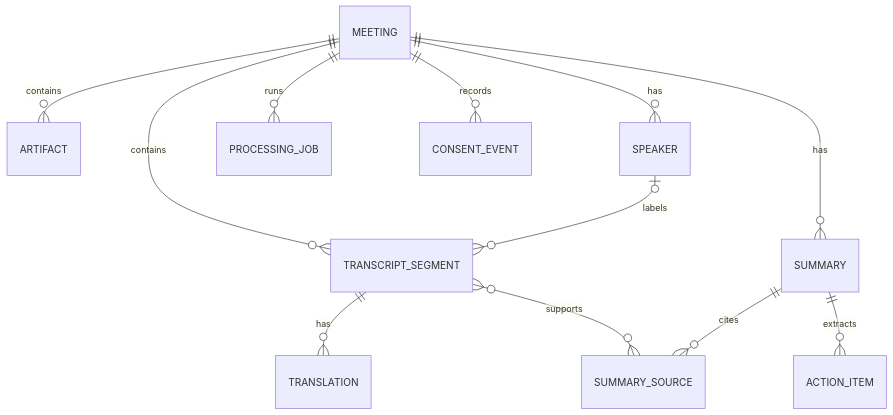
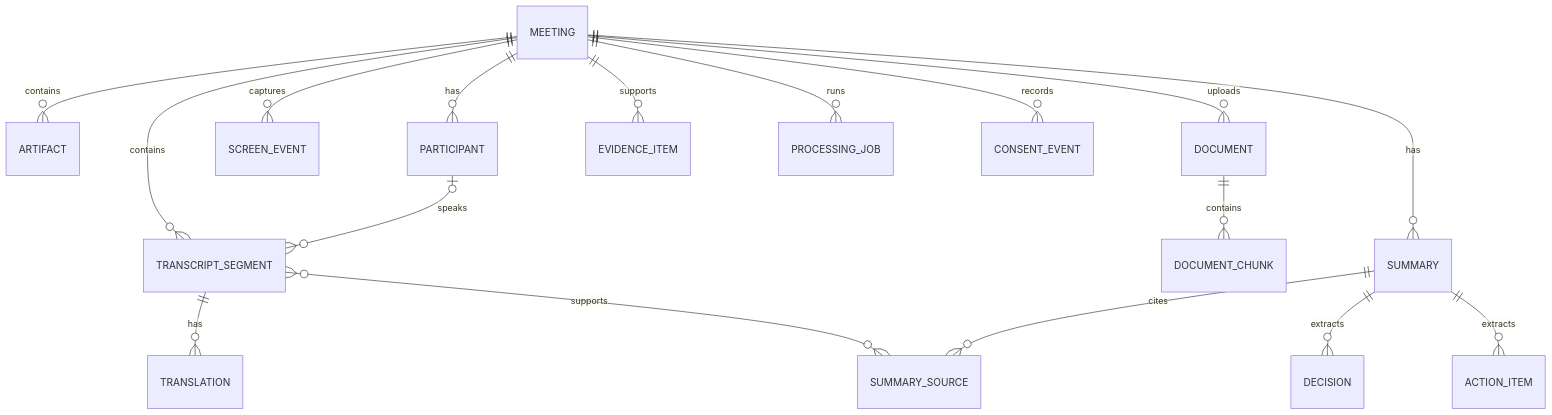
The diagram in DATA_MODEL.md (Gray-8a/MeetingLens), drawn with Mermaid before and after one commit. The commit also changed other lines of this file and 25 other files, not shown here.

````diff
--- a/DATA_MODEL.md
+++ b/DATA_MODEL.md
@@ -14,14 +14,19 @@
 ```mermaid
 erDiagram
     MEETING ||--o{ ARTIFACT : contains
-    MEETING ||--o{ SPEAKER : has
+    MEETING ||--o{ PARTICIPANT : has
     MEETING ||--o{ TRANSCRIPT_SEGMENT : contains
-    SPEAKER o|--o{ TRANSCRIPT_SEGMENT : labels
+    PARTICIPANT o|--o{ TRANSCRIPT_SEGMENT : speaks
     TRANSCRIPT_SEGMENT ||--o{ TRANSLATION : has
+    MEETING ||--o{ SCREEN_EVENT : captures
+    MEETING ||--o{ DOCUMENT : uploads
+    DOCUMENT ||--o{ DOCUMENT_CHUNK : contains
+    MEETING ||--o{ EVIDENCE_ITEM : supports
     MEETING ||--o{ SUMMARY : has
+    SUMMARY ||--o{ DECISION : extracts
     SUMMARY ||--o{ ACTION_ITEM : extracts
     TRANSCRIPT_SEGMENT }o--o{ SUMMARY_SOURCE : supports
     SUMMARY ||--o{ SUMMARY_SOURCE : cites
     MEETING ||--o{ PROCESSING_JOB : runs
     MEETING ||--o{ CONSENT_EVENT : records
 ```
````
